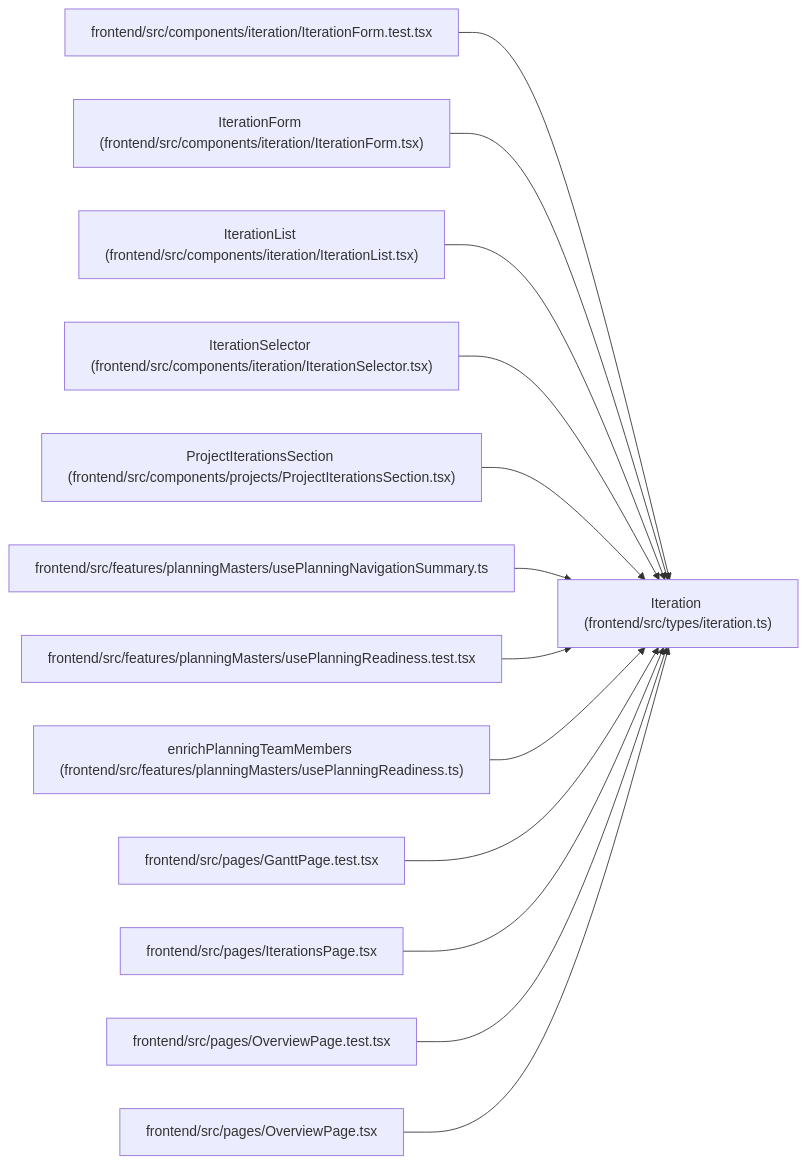
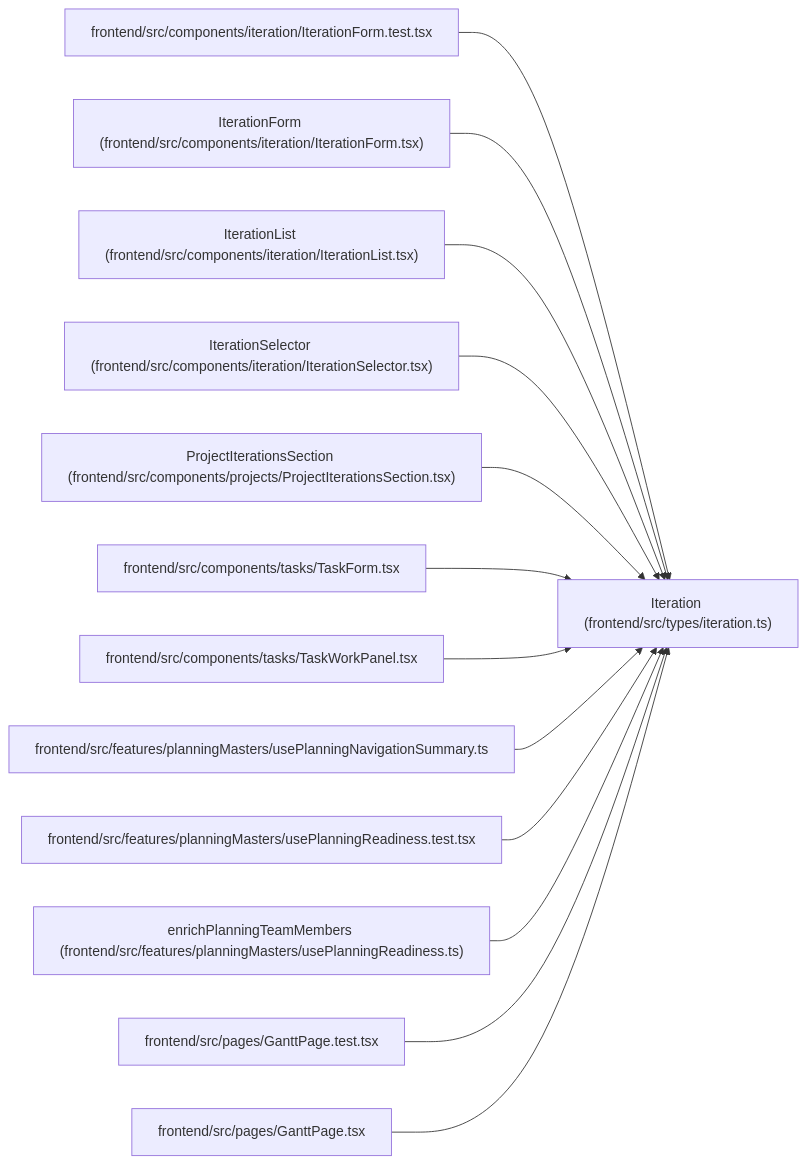
The diagram in docs/llm_wiki/entities/types_iteration_Iteration.md (Denissvgn/WorkChord), drawn with Mermaid before and after one commit. The commit also changed other lines of this file and 10148 other files, not shown here.

````diff
--- a/docs/llm_wiki/entities/types_iteration_Iteration.md
+++ b/docs/llm_wiki/entities/types_iteration_Iteration.md
@@ -35,41 +35,41 @@
 ```mermaid
 flowchart LR
     n0["Iteration (frontend/src/types/iteration.ts)"]
     n1["frontend/src/components/iteration/IterationForm.test.tsx"]
     n2["IterationForm (frontend/src/components/iteration/IterationForm.tsx)"]
     n3["IterationList (frontend/src/components/iteration/IterationList.tsx)"]
     n4["IterationSelector (frontend/src/components/iteration/IterationSelector.tsx)"]
     n5["ProjectIterationsSection (frontend/src/components/projects/ProjectIterationsSection.tsx)"]
-    n6["frontend/src/features/planningMasters/usePlanningNavigationSummary.ts"]
-    n7["frontend/src/features/planningMasters/usePlanningReadiness.test.tsx"]
-    n8["enrichPlanningTeamMembers (frontend/src/features/planningMasters/usePlanningReadiness.ts)"]
-    n9["frontend/src/pages/GanttPage.test.tsx"]
-    n10["frontend/src/pages/IterationsPage.tsx"]
-    n11["frontend/src/pages/OverviewPage.test.tsx"]
-    n12["frontend/src/pages/OverviewPage.tsx"]
+    n6["frontend/src/components/tasks/TaskForm.tsx"]
+    n7["frontend/src/components/tasks/TaskWorkPanel.tsx"]
+    n8["frontend/src/features/planningMasters/usePlanningNavigationSummary.ts"]
+    n9["frontend/src/features/planningMasters/usePlanningReadiness.test.tsx"]
+    n10["enrichPlanningTeamMembers (frontend/src/features/planningMasters/usePlanningReadiness.ts)"]
+    n11["frontend/src/pages/GanttPage.test.tsx"]
+    n12["frontend/src/pages/GanttPage.tsx"]
     n1 --> n0
     n2 --> n0
     n3 --> n0
     n4 --> n0
     n5 --> n0
     n6 --> n0
     n7 --> n0
     n8 --> n0
     n9 --> n0
     n10 --> n0
     n11 --> n0
     n12 --> n0
     click n0 "../modules/types_iteration.md"
     click n1 "../modules/IterationForm.test.md"
     click n2 "../modules/IterationForm.md"
     click n3 "../modules/IterationList.md"
     click n4 "../modules/IterationSelector.md"
     click n5 "../modules/ProjectIterationsSection.md"
-    click n6 "../modules/usePlanningNavigationSummary.md"
-    click n7 "../modules/usePlanningReadiness.test.md"
-    click n8 "../modules/usePlanningReadiness.md"
-    click n9 "../modules/GanttPage.test.md"
-    click n10 "../modules/IterationsPage.md"
-    click n11 "../modules/OverviewPage.test.md"
-    click n12 "../modules/OverviewPage.md"
+    click n6 "../modules/TaskForm.md"
+    click n7 "../modules/TaskWorkPanel.md"
+    click n8 "../modules/usePlanningNavigationSummary.md"
+    click n9 "../modules/usePlanningReadiness.test.md"
+    click n10 "../modules/usePlanningReadiness.md"
+    click n11 "../modules/GanttPage.test.md"
+    click n12 "../modules/GanttPage.md"
 ```
````
